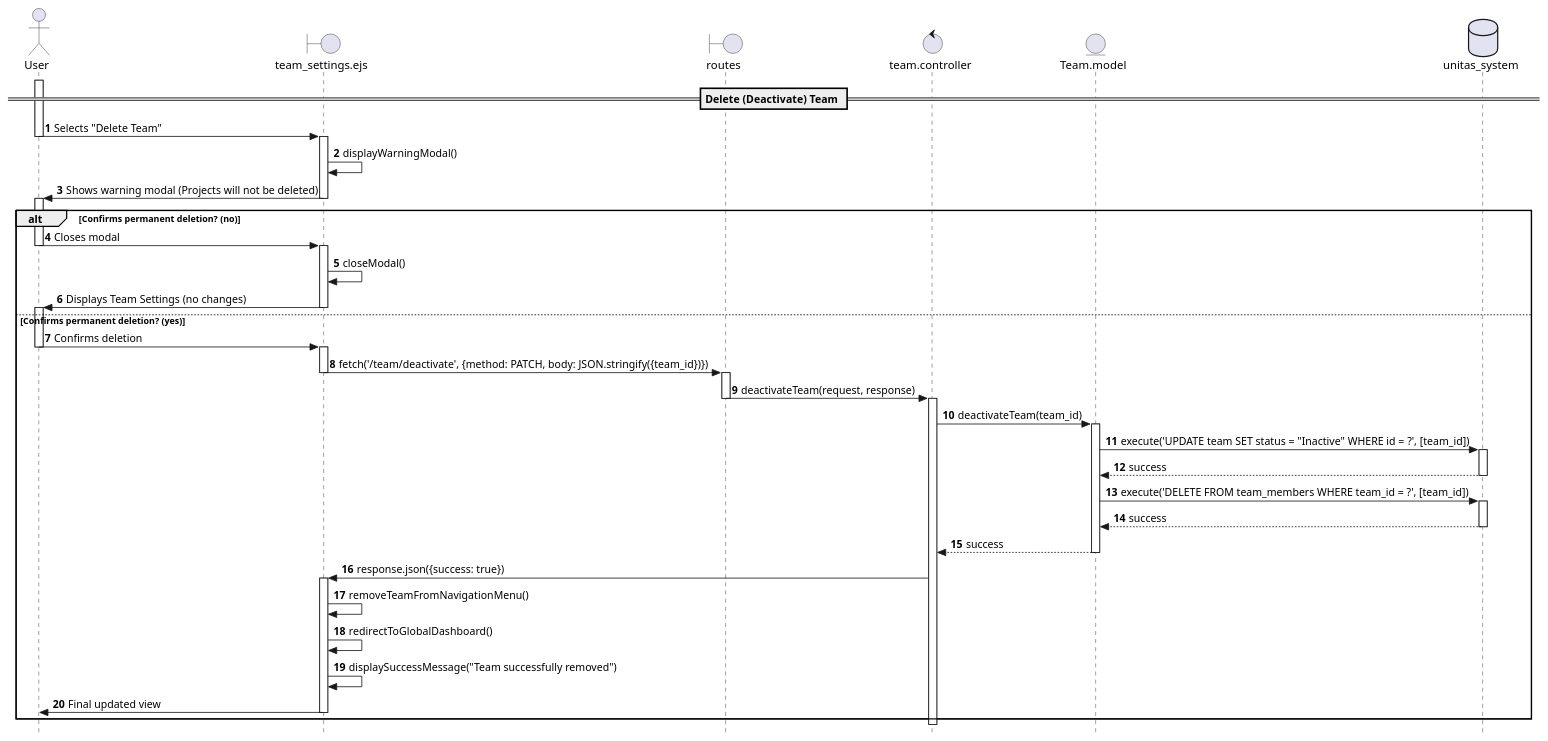
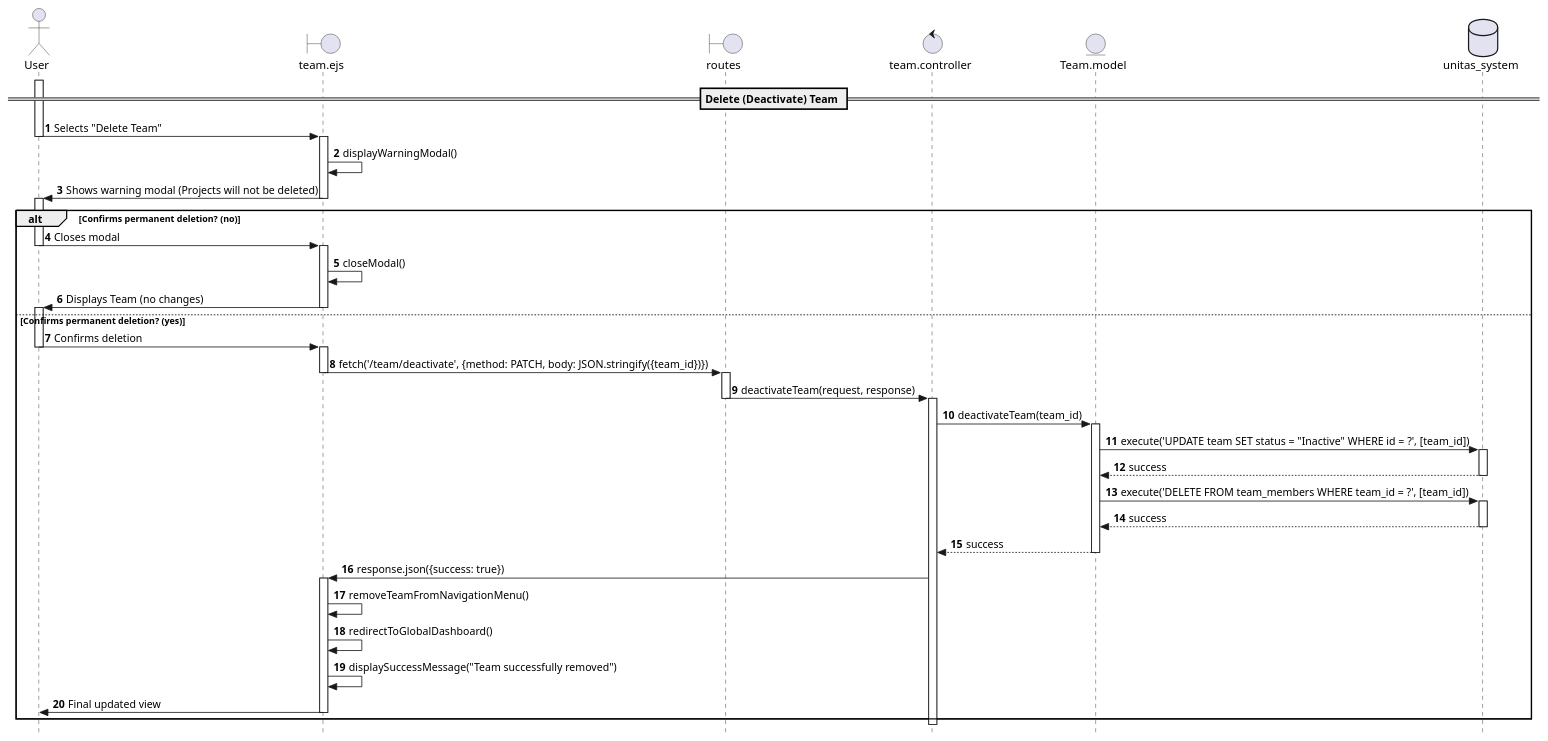
The diagram in documentation/sequence_diagrams/AB/TEAM-03-SD.puml (Berthou05/LimboSoftwareDevelopment_Change.org), drawn with PlantUML before and after one commit. The commit also changed 2 other files, not shown here.

Commit message:
[REFACTOR] Updated some sequence diagrams

```diff
--- a/documentation/sequence_diagrams/AB/TEAM-03-SD.puml
+++ b/documentation/sequence_diagrams/AB/TEAM-03-SD.puml
@@ -1,74 +1,74 @@
 @startuml
 skinparam style strictuml
 
 actor User as U
-boundary "team_settings.ejs" as V
+boundary "team.ejs" as V
 boundary "routes" as RO
 control "team.controller" as C
 entity "Team.model" as M
 database "unitas_system" as BD
 
 autonumber
 
 == Delete (Deactivate) Team ==
 
 activate U
 U -> V: Selects "Delete Team"
 deactivate U
 
 activate V
 V -> V: displayWarningModal()
 V -> U: Shows warning modal (Projects will not be deleted)
 deactivate V
 
 alt Confirms permanent deletion? (no)
     activate U
     U -> V: Closes modal
     deactivate U
     activate V
     V -> V: closeModal()
-    V -> U: Displays Team Settings (no changes)
+    V -> U: Displays Team (no changes)
     deactivate V
 
 else Confirms permanent deletion? (yes)
     activate U
     U -> V: Confirms deletion
     deactivate U
     
     activate V
     V -> RO: fetch('/team/deactivate', {method: PATCH, body: JSON.stringify({team_id})})
     deactivate V
 
     activate RO
     RO -> C: deactivateTeam(request, response)
     deactivate RO
 
     activate C
     C -> M: deactivateTeam(team_id)
     activate M
     
     M -> BD: execute('UPDATE team SET status = "Inactive" WHERE id = ?', [team_id])
     activate BD
     BD --> M: success
     deactivate BD
 
     M -> BD: execute('DELETE FROM team_members WHERE team_id = ?', [team_id])
     activate BD
     BD --> M: success
     deactivate BD
 
     M --> C: success
     deactivate M
 
     C -> V: response.json({success: true})
     activate V
     V -> V: removeTeamFromNavigationMenu()
     V -> V: redirectToGlobalDashboard()
     V -> V: displaySuccessMessage("Team successfully removed")
     V -> U: Final updated view
     deactivate V
 end
 
 deactivate C
 
 @enduml
```
